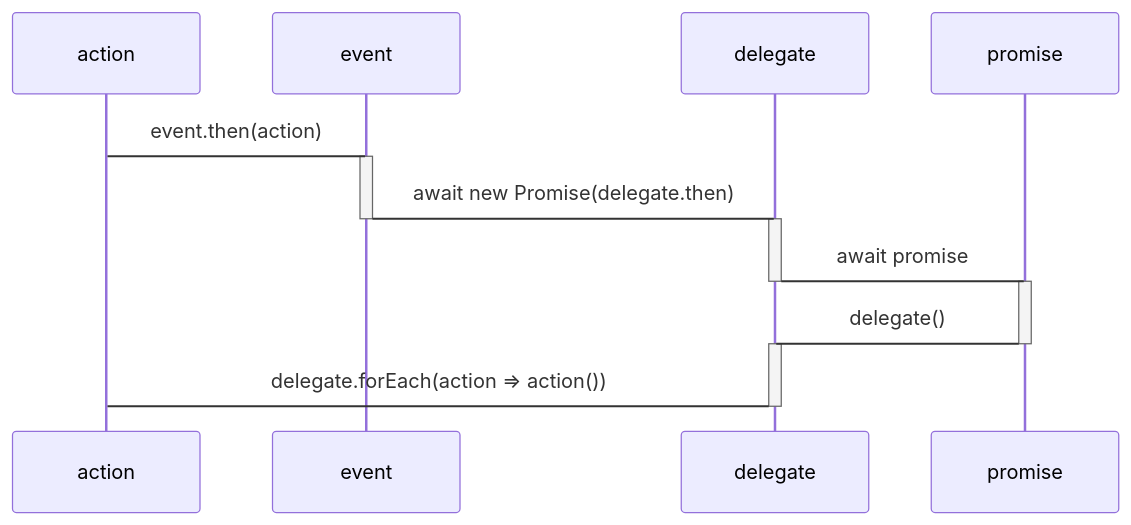
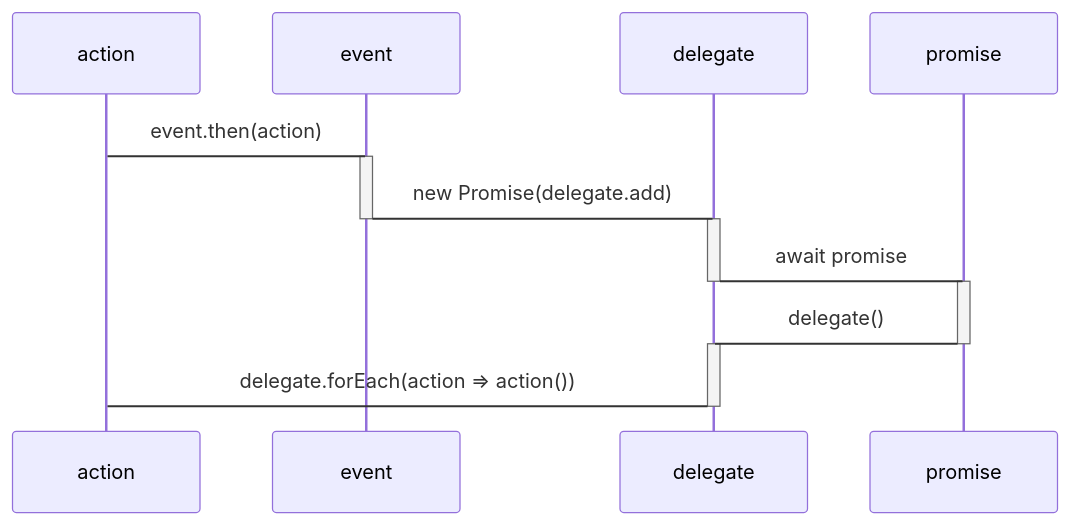
One commit to domrally/peekeasy changed the fourth of 4 diagrams in README.md. Above: the diagram before and after it, drawn with Mermaid.

````diff
--- a/README.md
+++ b/README.md
@@ -194,16 +194,16 @@
 ```mermaid
 sequenceDiagram
     action->event: event.then(action)
     activate event
-    event->delegate: await new Promise(delegate.then)
+    event->delegate: new Promise(delegate.add)
     deactivate event
     activate delegate
     delegate->promise: await promise
     deactivate delegate
     activate promise
     promise->delegate: delegate()
     deactivate promise
     activate delegate
     delegate->action: delegate.forEach(action => action())
     deactivate delegate
 ```
````
